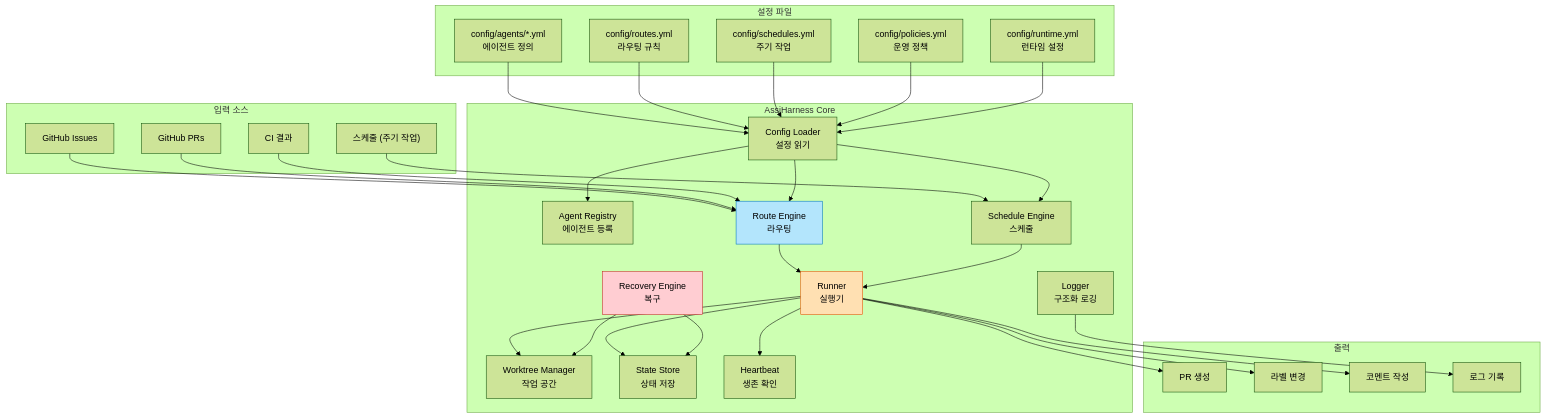
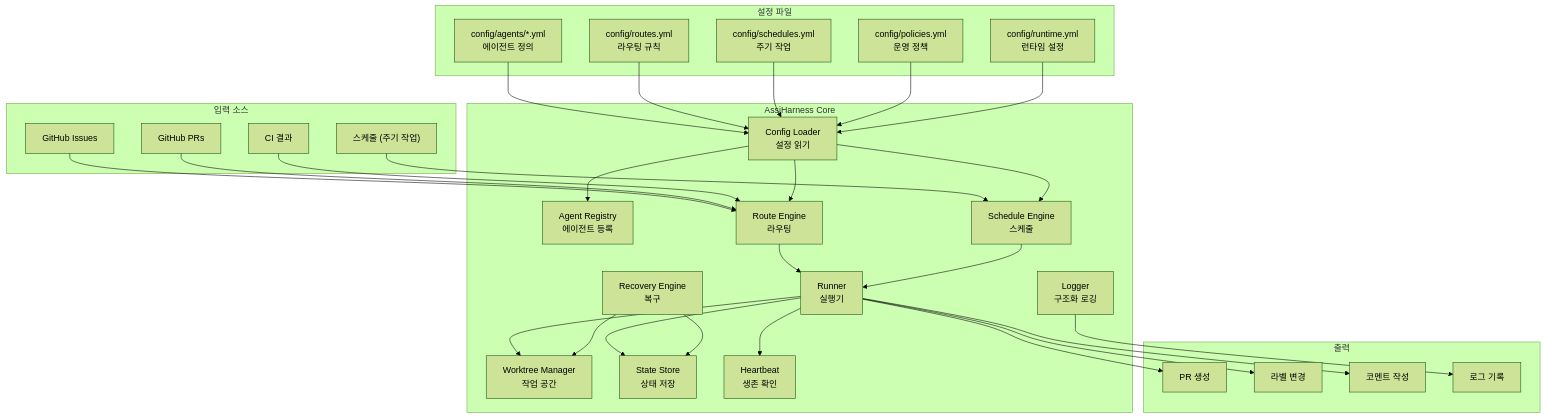
The seventh of 17 diagrams in README.md (tykimos/assiharness), drawn with Mermaid (forest theme) before and after one commit. The commit also changed other lines of this file, not shown here.

First line of the commit message:
fix: remove Mermaid style overrides for light/dark theme compatibility

````diff
--- a/README.md
+++ b/README.md
@@ -259,7 +244,4 @@
     RN --> CM
     LG --> LO
 
-    style RE fill:#B3E5FC,stroke:#0277BD
-    style RN fill:#FFE0B2,stroke:#E65100
-    style RC fill:#FFCDD2,stroke:#C62828
 ```
````
